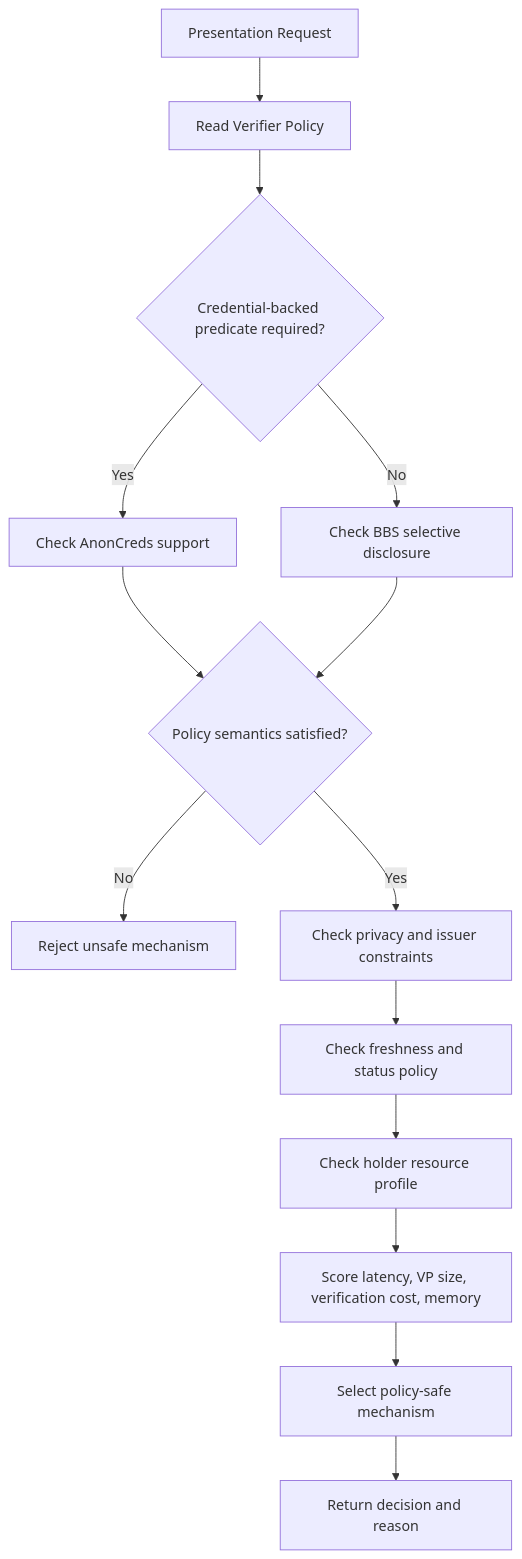
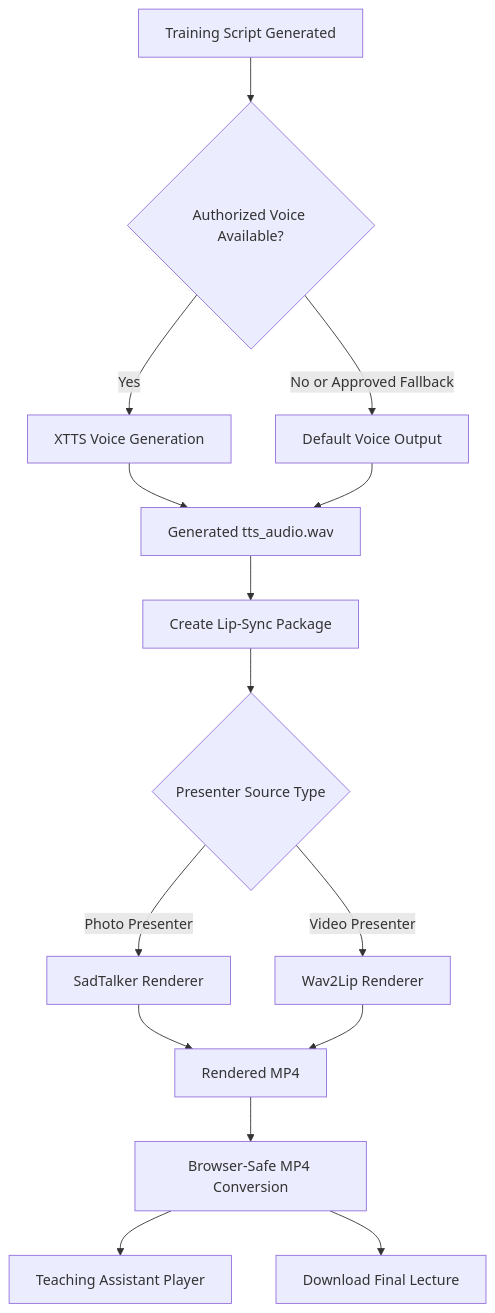
The second of 2 diagrams in src/content/posts/ASHU Mentor AI Studio/ashu-mentor-ai-studio.md (dranubhaparashar/projects), drawn with Mermaid before and after one commit. The commit also changed other lines of this file, not shown here.

````diff
--- a/src/content/posts/ASHU Mentor AI Studio/ashu-mentor-ai-studio.md
+++ b/src/content/posts/ASHU Mentor AI Studio/ashu-mentor-ai-studio.md
@@ -142,20 +208,19 @@
 ```mermaid
 flowchart TD
-    A[Presentation Request] --> B[Read Verifier Policy]
-    B --> C{Credential-backed predicate required?}
+    A[Training Script Generated] --> B{Authorized Voice Available?}
+    B -->|Yes| C[XTTS Voice Generation]
+    B -->|No or Approved Fallback| D[Default Voice Output]
+    C --> E[Generated tts_audio.wav]
+    D --> E
 
-    C -->|Yes| D[Check AnonCreds support]
-    C -->|No| E[Check BBS selective disclosure]
+    E --> F[Create Lip-Sync Package]
+    F --> G{Presenter Source Type}
+    G -->|Photo Presenter| H[SadTalker Renderer]
+    G -->|Video Presenter| I[Wav2Lip Renderer]
 
-    D --> F{Policy semantics satisfied?}
-    E --> F
-
-    F -->|No| G[Reject unsafe mechanism]
-    F -->|Yes| H[Check privacy and issuer constraints]
-
-    H --> I[Check freshness and status policy]
-    I --> J[Check holder resource profile]
-    J --> K[Score latency, VP size, verification cost, memory]
-    K --> L[Select policy-safe mechanism]
-    L --> M[Return decision and reason]
+    H --> J[Rendered MP4]
+    I --> J
+    J --> K[Browser-Safe MP4 Conversion]
+    K --> L[Teaching Assistant Player]
+    K --> M[Download Final Lecture]
 ```
````
